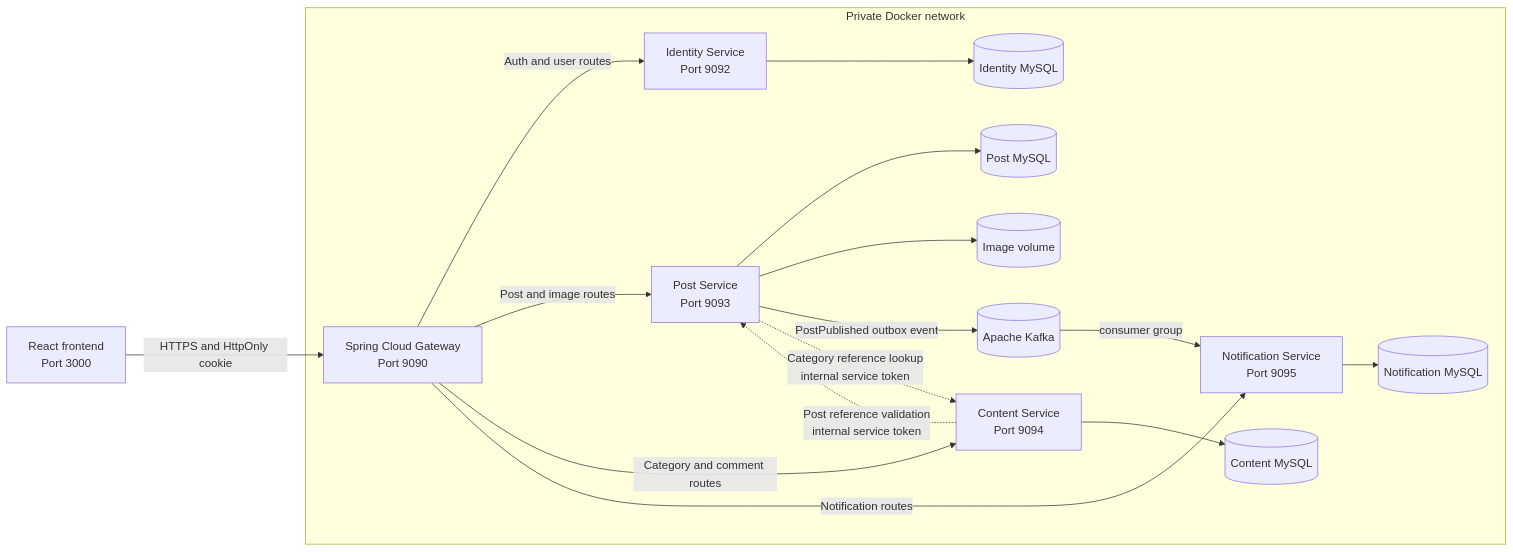
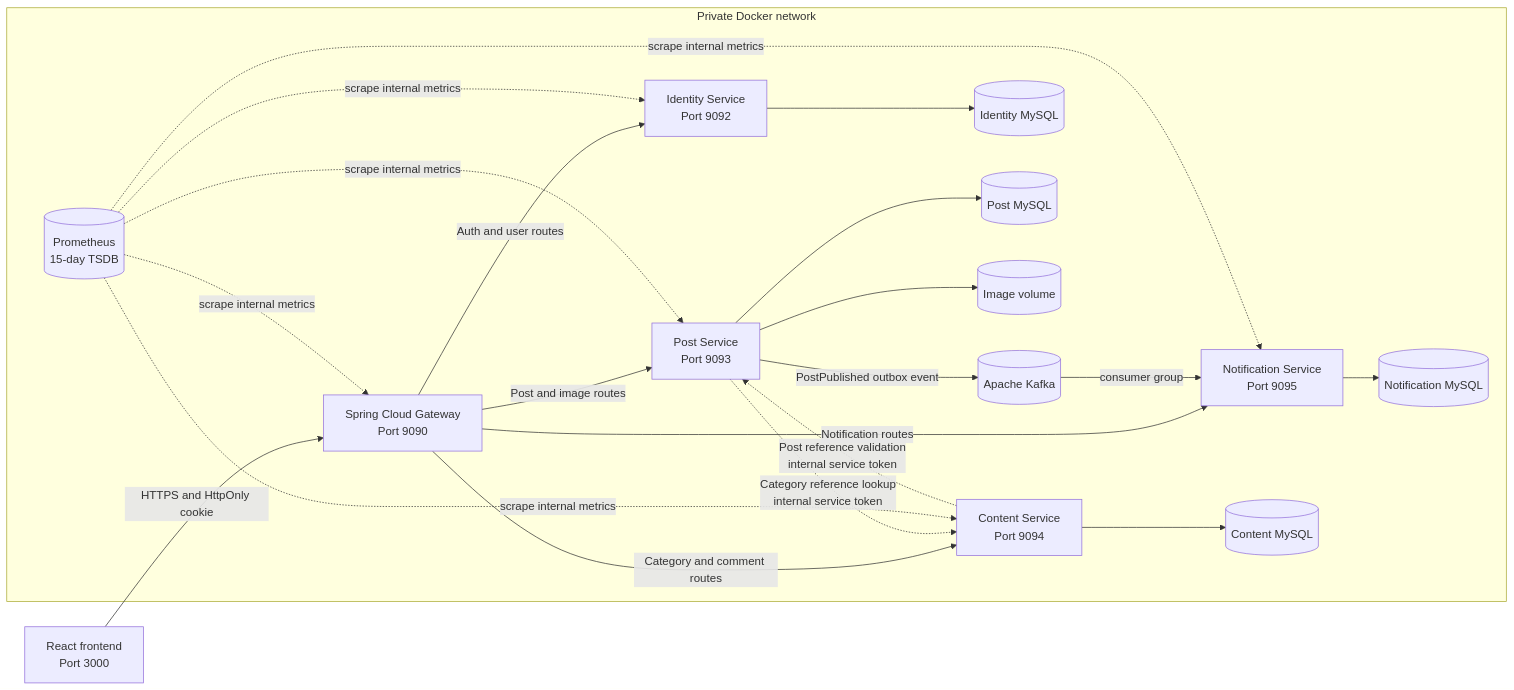
Before and after one commit to studywithdanish/microservices-backend: the first of 2 diagrams in docs/architecture.md, drawn with Mermaid. The commit also changed other lines of this file and 20 other files, not shown here.

````diff
--- a/docs/architecture.md
+++ b/docs/architecture.md
@@ -7,22 +7,28 @@
 ```mermaid
 flowchart LR
     Browser[React frontend<br/>Port 3000] -->|HTTPS and HttpOnly cookie| Gateway[Spring Cloud Gateway<br/>Port 9090]
 
     subgraph Private Docker network
         Gateway -->|Auth and user routes| Identity[Identity Service<br/>Port 9092]
         Gateway -->|Post and image routes| Post[Post Service<br/>Port 9093]
         Gateway -->|Category and comment routes| Content[Content Service<br/>Port 9094]
         Gateway -->|Notification routes| Notification[Notification Service<br/>Port 9095]
 
         Identity --> IdentityDb[(Identity MySQL)]
         Post --> PostDb[(Post MySQL)]
         Post --> Images[(Image volume)]
         Content --> ContentDb[(Content MySQL)]
         Notification --> NotificationDb[(Notification MySQL)]
         Post -->|PostPublished outbox event| Kafka[(Apache Kafka)]
         Kafka -->|consumer group| Notification
 
         Post -.->|Category reference lookup<br/>internal service token| Content
         Content -.->|Post reference validation<br/>internal service token| Post
+
+        Prometheus[(Prometheus<br/>15-day TSDB)] -.->|scrape internal metrics| Gateway
+        Prometheus -.->|scrape internal metrics| Identity
+        Prometheus -.->|scrape internal metrics| Post
+        Prometheus -.->|scrape internal metrics| Content
+        Prometheus -.->|scrape internal metrics| Notification
     end
 ```
````
